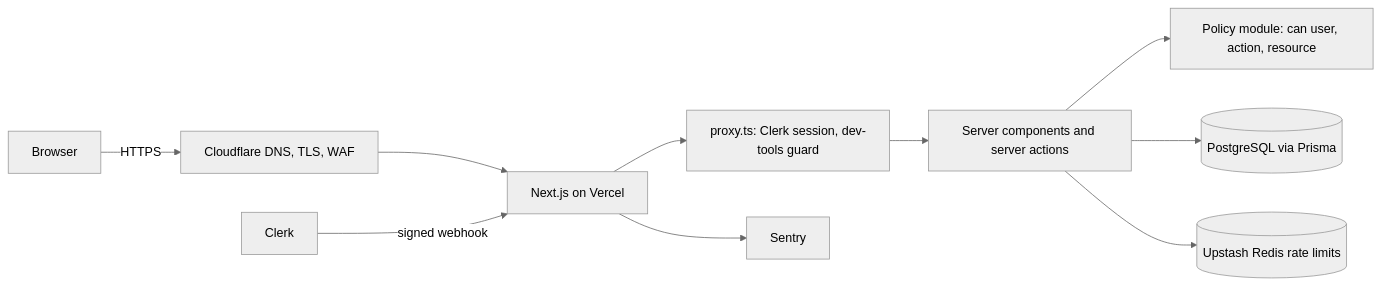
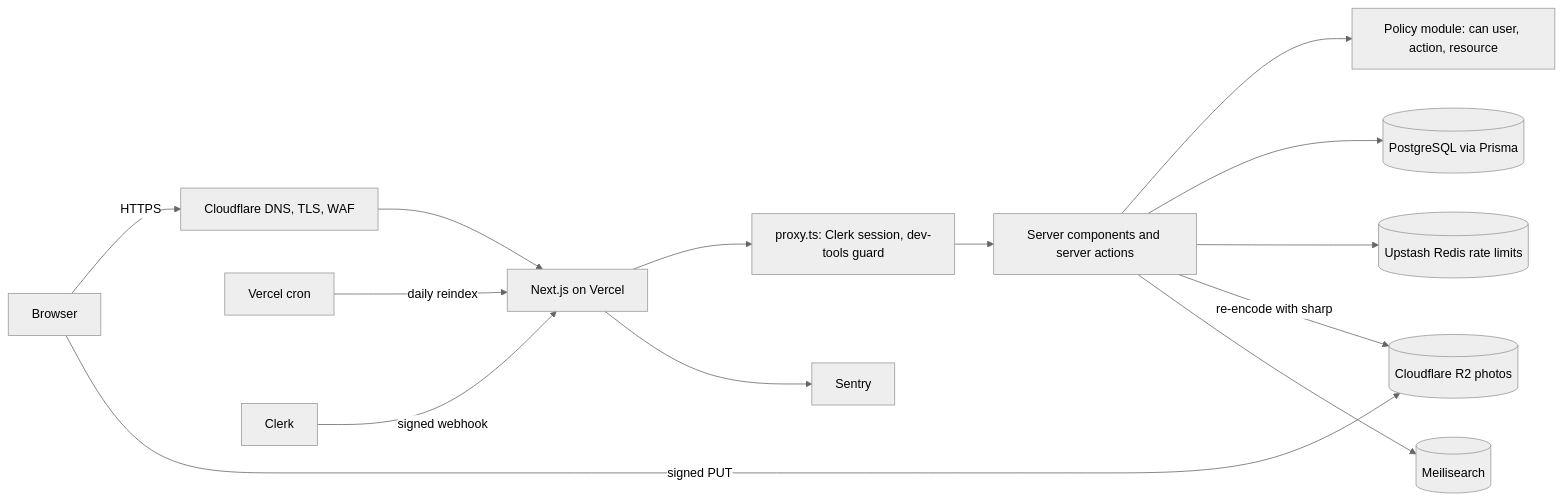
Before and after one commit to Frank-O010/Market-place: the diagram in README.md, drawn with Mermaid (neutral theme). The commit also changed other lines of this file and 44 other files, not shown here.

````diff
--- a/README.md
+++ b/README.md
@@ -69,12 +74,16 @@
 ```mermaid
 flowchart LR
   Browser -->|HTTPS| CF[Cloudflare DNS, TLS, WAF]
   CF --> Vercel[Next.js on Vercel]
   Vercel --> Proxy[proxy.ts: Clerk session, dev-tools guard]
   Proxy --> RSC[Server components and server actions]
   RSC --> Policy[Policy module: can user, action, resource]
   RSC --> DB[(PostgreSQL via Prisma)]
   RSC --> RL[(Upstash Redis rate limits)]
+  Browser -->|signed PUT| R2[(Cloudflare R2 photos)]
+  RSC -->|re-encode with sharp| R2
+  RSC --> Meili[(Meilisearch)]
+  Cron[Vercel cron] -->|daily reindex| Vercel
   Clerk[Clerk] -->|signed webhook| Vercel
   Vercel --> Sentry[Sentry]
 ```
````
